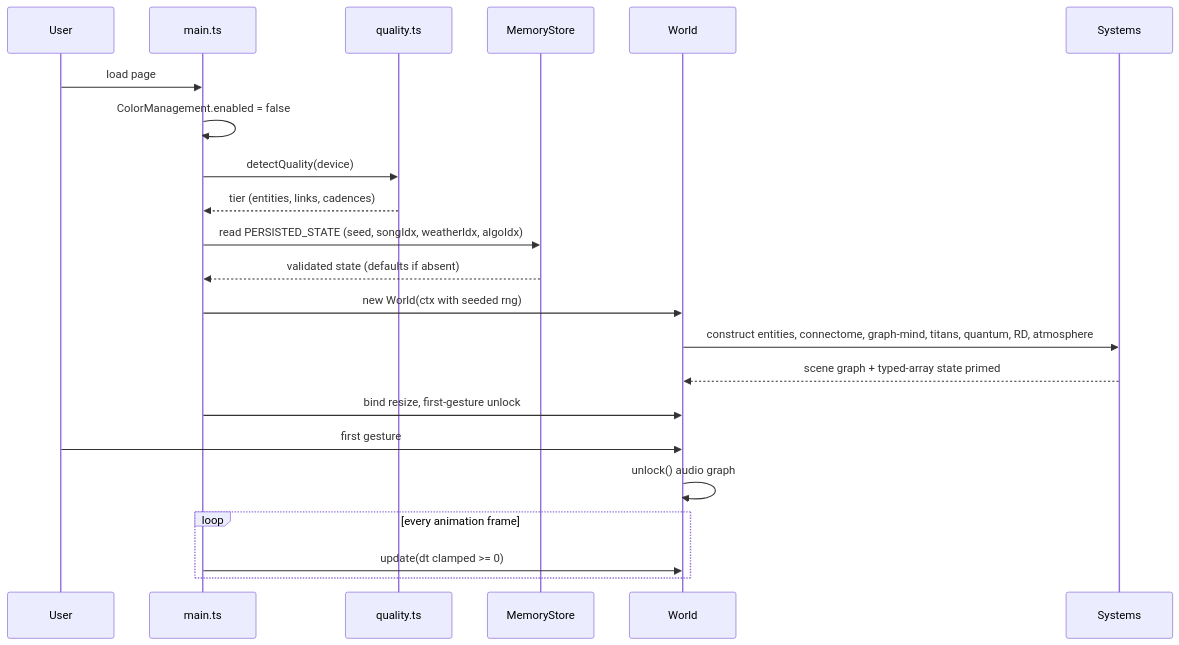
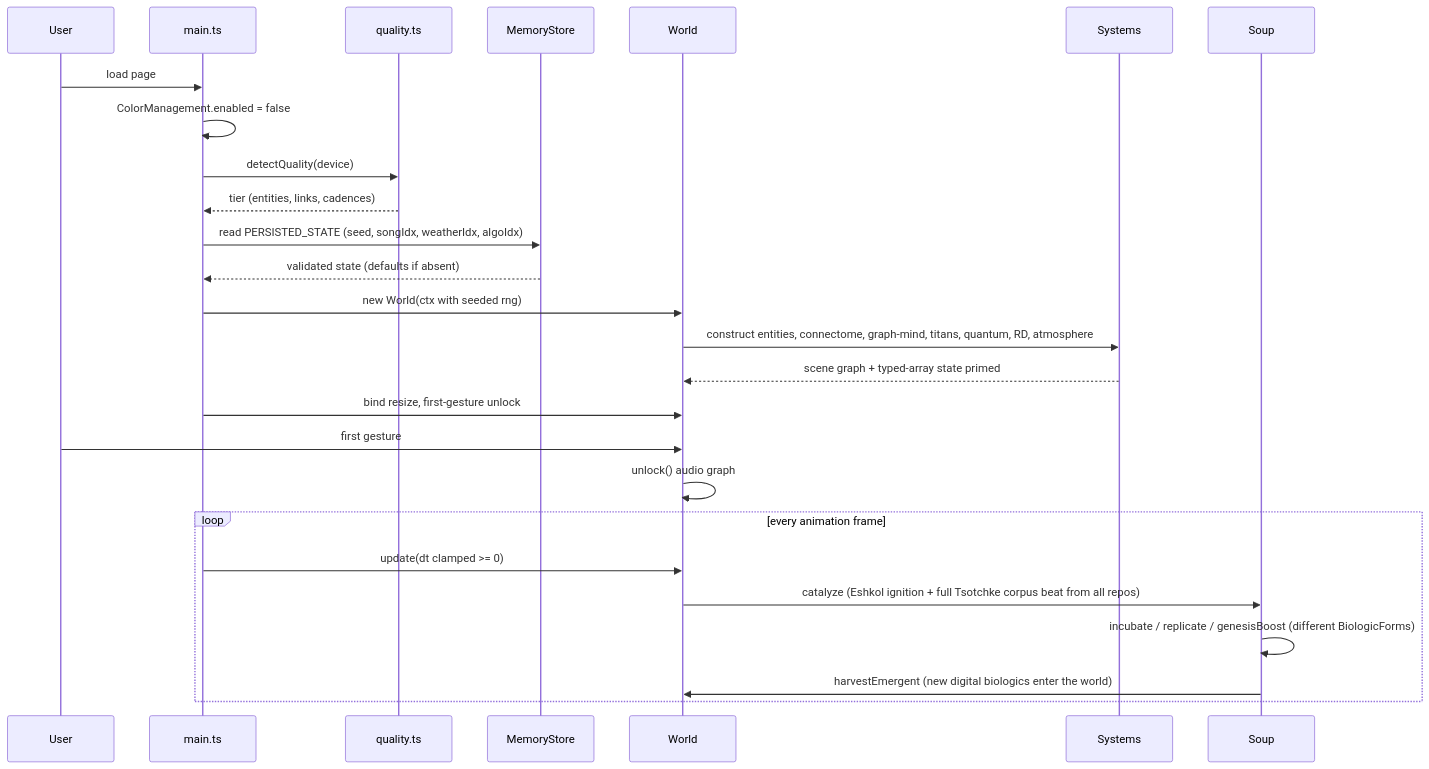
Before and after one commit to 0thernes/cosmogonic-quantum-mechalogodrom: the first of 6 diagrams in docs/ERP.md, drawn with Mermaid. The commit also changed other lines of this file and 7 other files, not shown here.

````diff
--- a/docs/ERP.md
+++ b/docs/ERP.md
@@ -19,25 +19,28 @@
 ```mermaid
 sequenceDiagram
   participant U as User
   participant M as main.ts
   participant Q as quality.ts
   participant St as MemoryStore
   participant W as World
   participant Sys as Systems
 
   U->>M: load page
   M->>M: ColorManagement.enabled = false
   M->>Q: detectQuality(device)
   Q-->>M: tier (entities, links, cadences)
   M->>St: read PERSISTED_STATE (seed, songIdx, weatherIdx, algoIdx)
   St-->>M: validated state (defaults if absent)
   M->>W: new World(ctx with seeded rng)
   W->>Sys: construct entities, connectome, graph-mind, titans, quantum, RD, atmosphere
   Sys-->>W: scene graph + typed-array state primed
   M->>W: bind resize, first-gesture unlock
   U->>W: first gesture
   W->>W: unlock() audio graph
   loop every animation frame
     M->>W: update(dt clamped >= 0)
+    W->>Soup: catalyze (Eshkol ignition + full Tsotchke corpus beat from all repos)
+    Soup->>Soup: incubate / replicate / genesisBoost (different BiologicForms)
+    Soup->>W: harvestEmergent (new digital biologics enter the world)
   end
 ```
````
